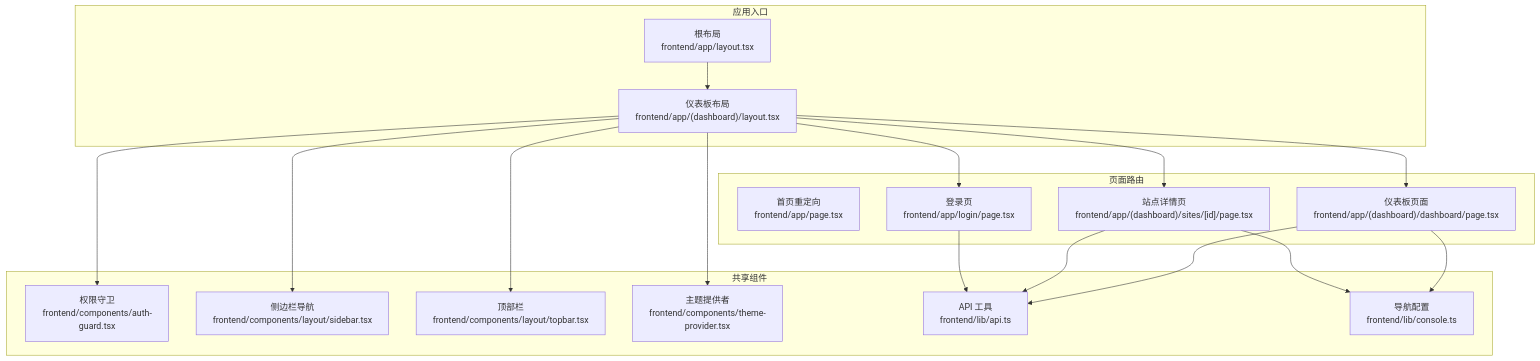
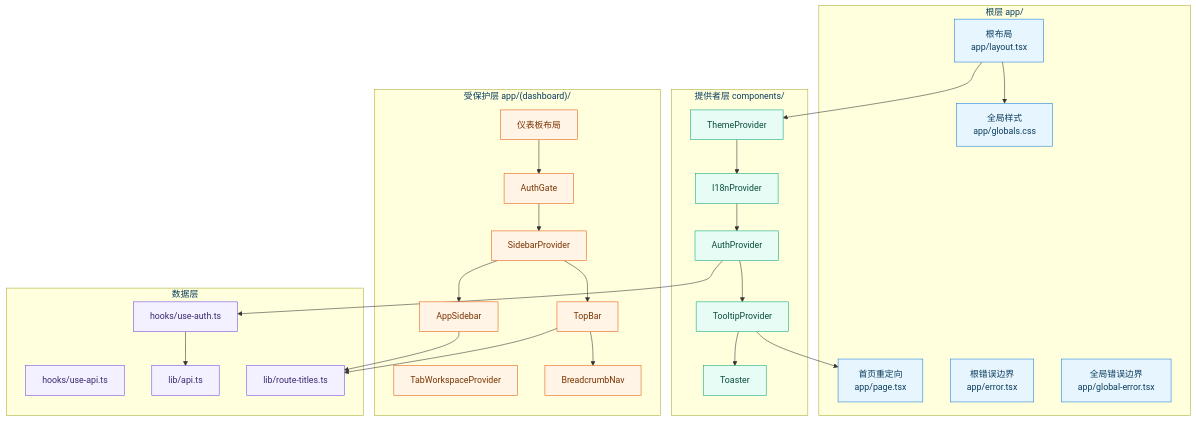
The first of 8 diagrams in docs/前端管理界面/Next.js 架构设计/Next.js 架构设计.md (x01n/My-OpenWaf), drawn with Mermaid before and after one commit. The commit also changed other lines of this file and 622 other files, not shown here.

````diff
--- a/docs/前端管理界面/Next.js 架构设计/Next.js 架构设计.md
+++ b/docs/前端管理界面/Next.js 架构设计/Next.js 架构设计.md
@@ -44,34 +136,51 @@
 ```mermaid
-graph TB
-subgraph "应用入口"
-RootLayout["根布局<br/>frontend/app/layout.tsx"]
-DashboardLayout["仪表板布局<br/>frontend/app/(dashboard)/layout.tsx"]
-end
-subgraph "页面路由"
-HomePage["首页重定向<br/>frontend/app/page.tsx"]
-DashboardPage["仪表板页面<br/>frontend/app/(dashboard)/dashboard/page.tsx"]
-SitesPage["站点详情页<br/>frontend/app/(dashboard)/sites/[id]/page.tsx"]
-LoginPage["登录页<br/>frontend/app/login/page.tsx"]
-end
-subgraph "共享组件"
-AuthGuard["权限守卫<br/>frontend/components/auth-guard.tsx"]
-Sidebar["侧边栏导航<br/>frontend/components/layout/sidebar.tsx"]
-Topbar["顶部栏<br/>frontend/components/layout/topbar.tsx"]
-ThemeProvider["主题提供者<br/>frontend/components/theme-provider.tsx"]
-ApiLib["API 工具<br/>frontend/lib/api.ts"]
-ConsoleNav["导航配置<br/>frontend/lib/console.ts"]
-end
-RootLayout --> DashboardLayout
-DashboardLayout --> DashboardPage
-DashboardLayout --> SitesPage
-DashboardLayout --> LoginPage
-DashboardLayout --> AuthGuard
-DashboardLayout --> Sidebar
-DashboardLayout --> Topbar
-DashboardLayout --> ThemeProvider
-DashboardPage --> ApiLib
-SitesPage --> ApiLib
-LoginPage --> ApiLib
-DashboardPage --> ConsoleNav
-SitesPage --> ConsoleNav
+flowchart TB
+  subgraph ROOT["根层 app/"]
+    RL["根布局<br/>app/layout.tsx"]
+    PG["首页重定向<br/>app/page.tsx"]
+    ERR["根错误边界<br/>app/error.tsx"]
+    GERR["全局错误边界<br/>app/global-error.tsx"]
+    GCSS["全局样式<br/>app/globals.css"]
+  end
+  subgraph PROV["提供者层 components/"]
+    TP["ThemeProvider"]
+    I18N["I18nProvider"]
+    AP["AuthProvider"]
+    TT["TooltipProvider"]
+    TOAST["Toaster"]
+  end
+  subgraph DASH["受保护层 app/(dashboard)/"]
+    DL["仪表板布局"]
+    AG["AuthGate"]
+    SP["SidebarProvider"]
+    SN["AppSidebar"]
+    TB["TopBar"]
+    TW["TabWorkspaceProvider"]
+    BC["BreadcrumbNav"]
+  end
+  subgraph DATA["数据层"]
+    UA["hooks/use-auth.ts"]
+    UAPI["hooks/use-api.ts"]
+    API["lib/api.ts"]
+    RT["lib/route-titles.ts"]
+  end
+  RL --> TP --> I18N --> AP --> TT
+  TT --> TOAST
+  TT --> PG
+  DL --> AG --> SP
+  SP --> SN
+  SP --> TB
+  TB --> BC
+  AP --> UA --> API
+  TB --> RT
+  SN --> RT
+  RL --> GCSS
+  classDef root fill:#e7f5ff,stroke:#1c7ed6,color:#0b3d5c
+  classDef prov fill:#e6fcf5,stroke:#0ca678,color:#084d3b
+  classDef dash fill:#fff4e6,stroke:#e8590c,color:#7a3400
+  classDef data fill:#f3f0ff,stroke:#7048e8,color:#3b2a72
+  class RL,PG,ERR,GERR,GCSS root
+  class TP,I18N,AP,TT,TOAST prov
+  class DL,AG,SP,SN,TB,TW,BC dash
+  class UA,UAPI,API,RT data
 ```
````
